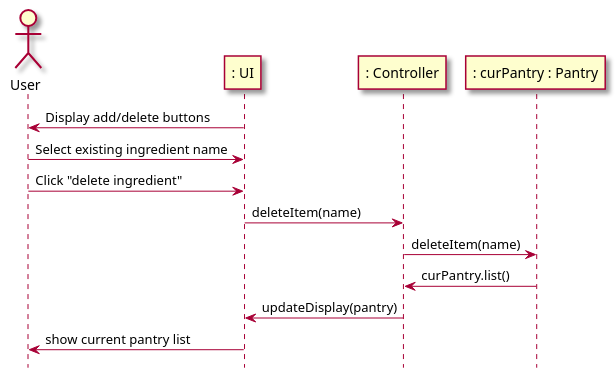
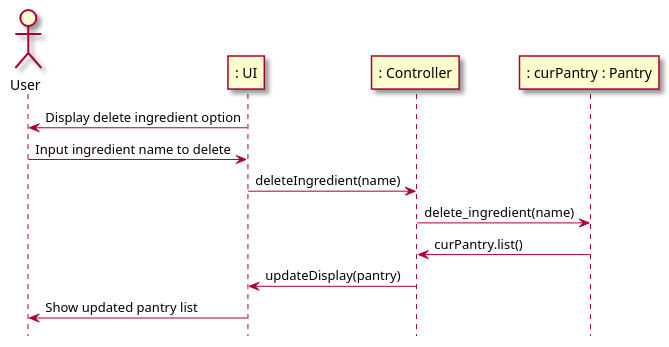
One commit to berthashipper/Pantry-Pal-Android-Application changed the sixth of 8 diagrams in intellij/doc/use-cases/manage_pantry.md. Above: the diagram before and after it, drawn with PlantUML. The commit also changed other lines of this file and 2 other files, not shown here.

`````diff
--- a/intellij/doc/use-cases/manage_pantry.md
+++ b/intellij/doc/use-cases/manage_pantry.md
@@ -179,22 +181,21 @@
 ```plantuml
 @startuml
 skin rose
 
 hide footbox
 
 actor User as user
 participant ": UI" as ui
 participant ": Controller"  as cont
 participant ": curPantry : Pantry" as pantry
 
-ui -> user : Display add/delete buttons
-user -> ui : Select existing ingredient name
-user -> ui : Click "delete ingredient"
-ui -> cont : deleteItem(name)
-cont -> pantry : deleteItem(name)
+ui -> user : Display delete ingredient option
+user -> ui : Input ingredient name to delete
+ui -> cont : deleteIngredient(name)
+cont -> pantry : delete_ingredient(name)
 pantry -> cont : curPantry.list()
 cont -> ui : updateDisplay(pantry)
-ui -> user : show current pantry list
+ui -> user : Show updated pantry list
 
 @enduml
 ````
`````
